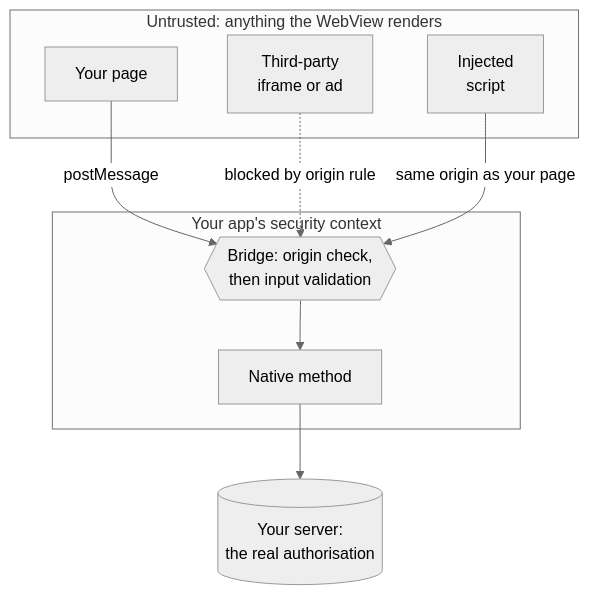
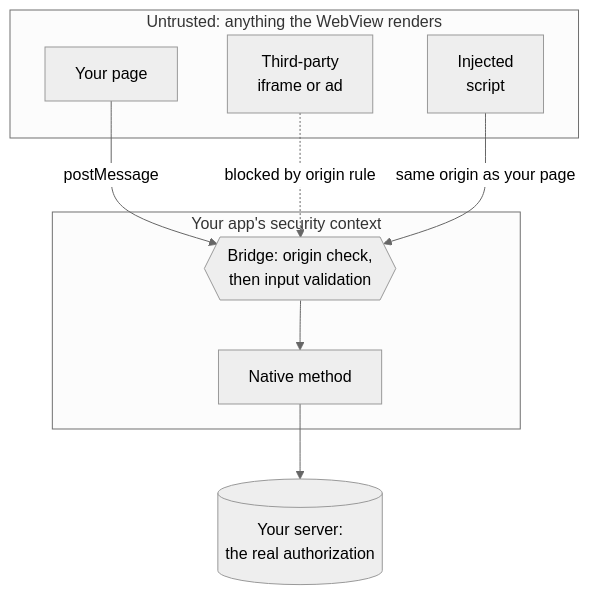
The second of 4 diagrams in book/07-platform-surfaces-and-new-frontiers.md (hossam9k/mobile-app-security), drawn with Mermaid (neutral theme) before and after one commit. The commit also changed other lines of this file and 51 other files, not shown here.

````diff
--- a/book/07-platform-surfaces-and-new-frontiers.md
+++ b/book/07-platform-surfaces-and-new-frontiers.md
@@ -53,17 +53,17 @@
 ```mermaid
 flowchart TB
     subgraph web["Untrusted: anything the WebView renders"]
         page["Your page"]
         frame["Third-party<br/>iframe or ad"]
         xss["Injected<br/>script"]
     end
     subgraph app["Your app's security context"]
         bridge{{"Bridge: origin check,<br/>then input validation"}}
         native["Native method"]
     end
-    server[("Your server:<br/>the real authorisation")]
+    server[("Your server:<br/>the real authorization")]
     page -->|"postMessage"| bridge
     frame -.->|"blocked by origin rule"| bridge
     xss -->|"same origin as your page"| bridge
     bridge --> native --> server
 ```
````
